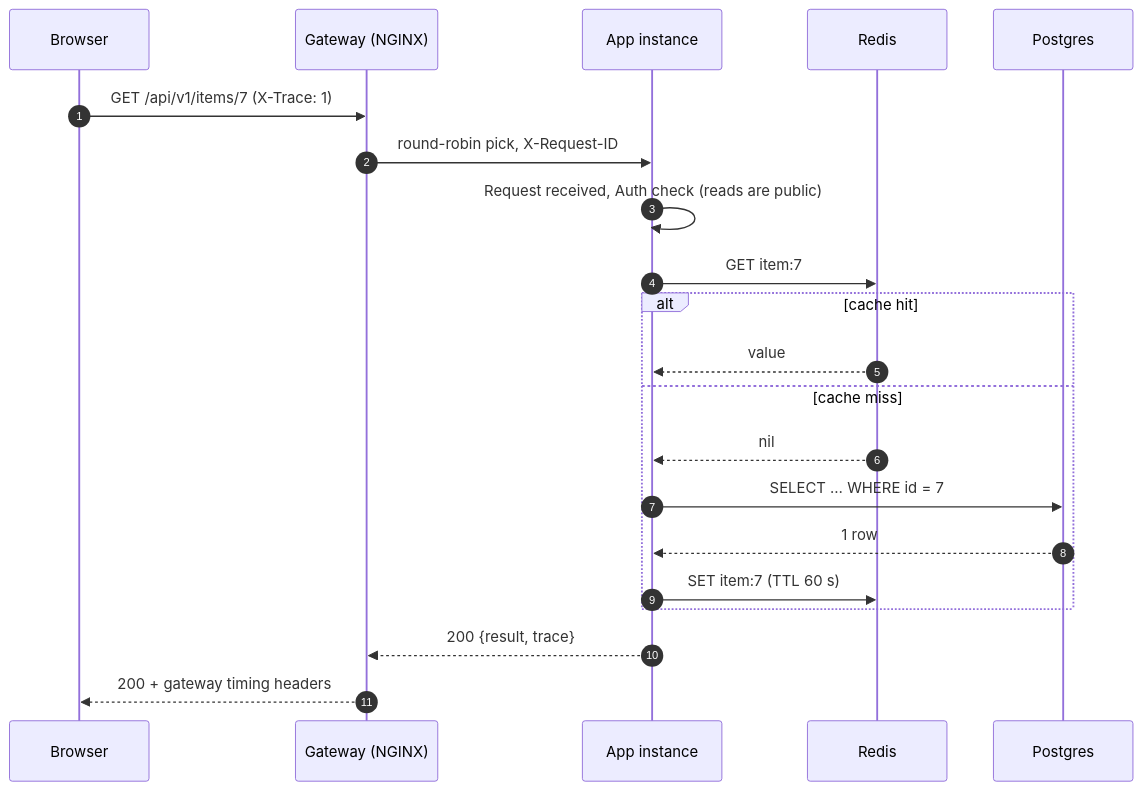
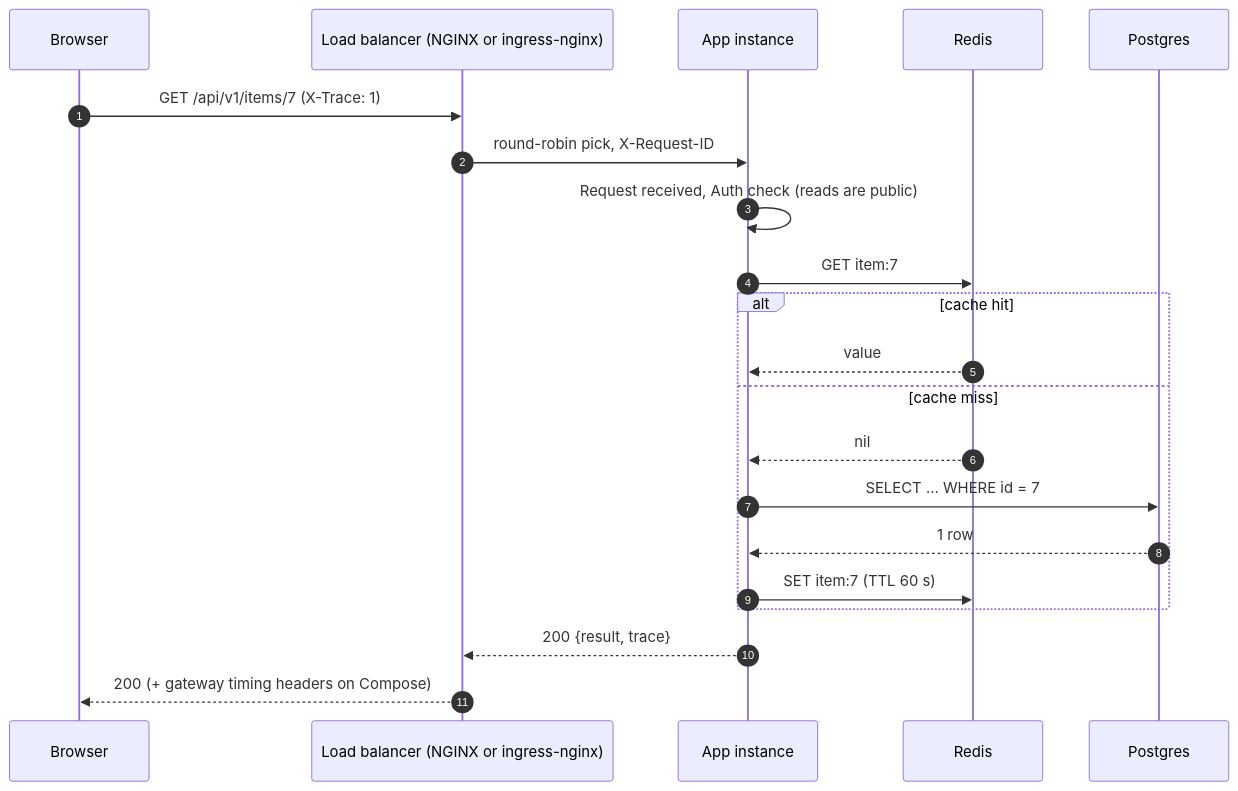
One commit to Sreerajraveendran/incidentlab changed the fourth of 6 diagrams in docs/ARCHITECTURE.md. Above: the diagram before and after it, drawn with Mermaid. The commit also changed other lines of this file and 42 other files, not shown here.

````diff
--- a/docs/ARCHITECTURE.md
+++ b/docs/ARCHITECTURE.md
@@ -231,23 +257,23 @@
 ```mermaid
 sequenceDiagram
   autonumber
   participant B as Browser
-  participant G as Gateway (NGINX)
+  participant G as Load balancer (NGINX or ingress-nginx)
   participant A as App instance
   participant C as Redis
   participant D as Postgres
   B->>G: GET /api/v1/items/7 (X-Trace: 1)
   G->>A: round-robin pick, X-Request-ID
   A->>A: Request received, Auth check (reads are public)
   A->>C: GET item:7
   alt cache hit
     C-->>A: value
   else cache miss
     C-->>A: nil
     A->>D: SELECT … WHERE id = 7
     D-->>A: 1 row
     A->>C: SET item:7 (TTL 60 s)
   end
   A-->>G: 200 {result, trace}
-  G-->>B: 200 + gateway timing headers
+  G-->>B: 200 (+ gateway timing headers on Compose)
 ```
````
